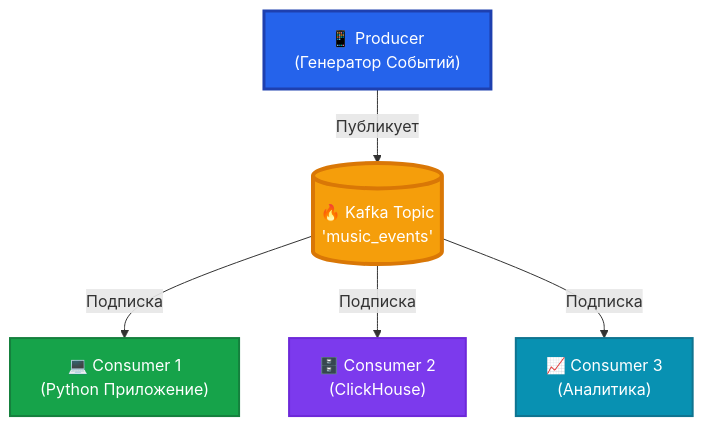
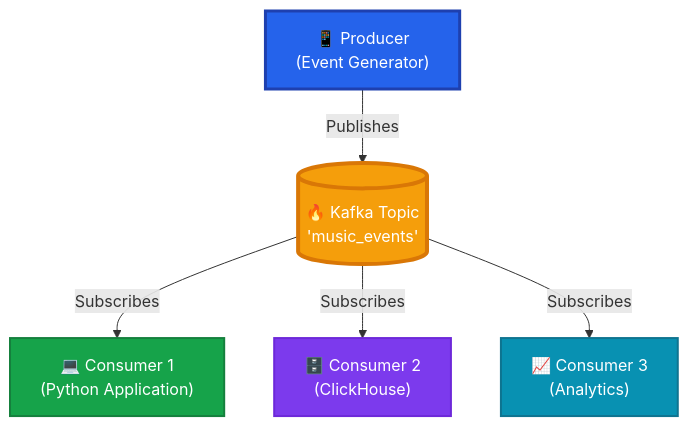
The second of 4 diagrams in README.md (Almas1989/kafka_de_project), drawn with Mermaid before and after one commit. The commit also changed other lines of this file and 1 other file, not shown here.

````diff
--- a/README.md
+++ b/README.md
@@ -84,13 +85,13 @@
 ```mermaid
 flowchart TB
-    A["📱 Producer<br/>(Генератор Событий)"] -- Публикует --> B[("🔥 Kafka Topic<br/>'music_events'")]
-    B -- Подписка --> C["💻 Consumer 1<br/>(Python Приложение)"]
-    B -- Подписка --> D["🗄️ Consumer 2<br/>(ClickHouse)"]
-    B -- Подписка --> E["📈 Consumer 3<br/>(Аналитика)"]
+    A["📱 Producer<br/>(Event Generator)"] -- Publishes --> B[("🔥 Kafka Topic<br/>'music_events'")]
+    B -- Subscribes --> C["💻 Consumer 1<br/>(Python Application)"]
+    B -- Subscribes --> D["🗄️ Consumer 2<br/>(ClickHouse)"]
+    B -- Subscribes --> E["📈 Consumer 3<br/>(Analytics)"]
 
     style A fill:#2563eb,stroke:#1e40af,stroke-width:3px,color:#fff
     style B fill:#f59e0b,stroke:#d97706,stroke-width:4px,color:#fff
     style C fill:#16a34a,stroke:#15803d,stroke-width:2px,color:#fff
     style D fill:#7c3aed,stroke:#6d28d9,stroke-width:2px,color:#fff
     style E fill:#0891b2,stroke:#0e7490,stroke-width:2px,color:#fff
 ```
````
